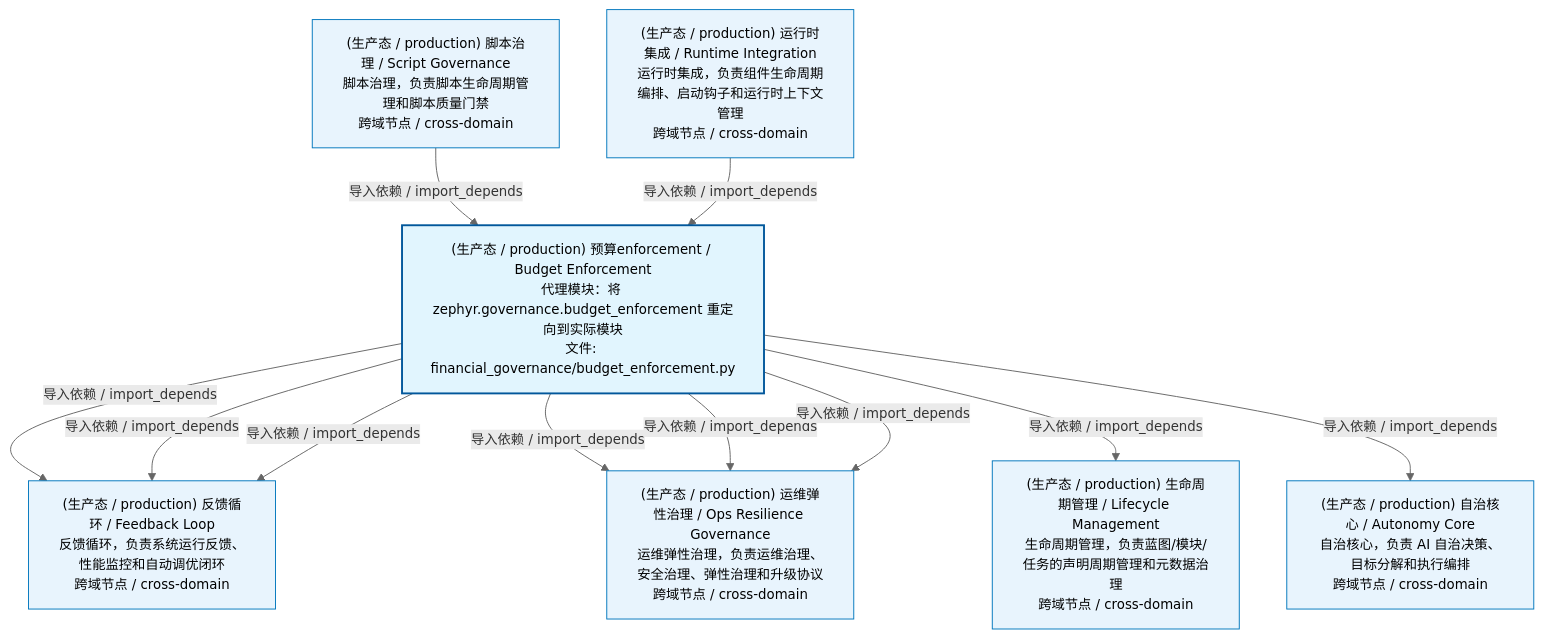
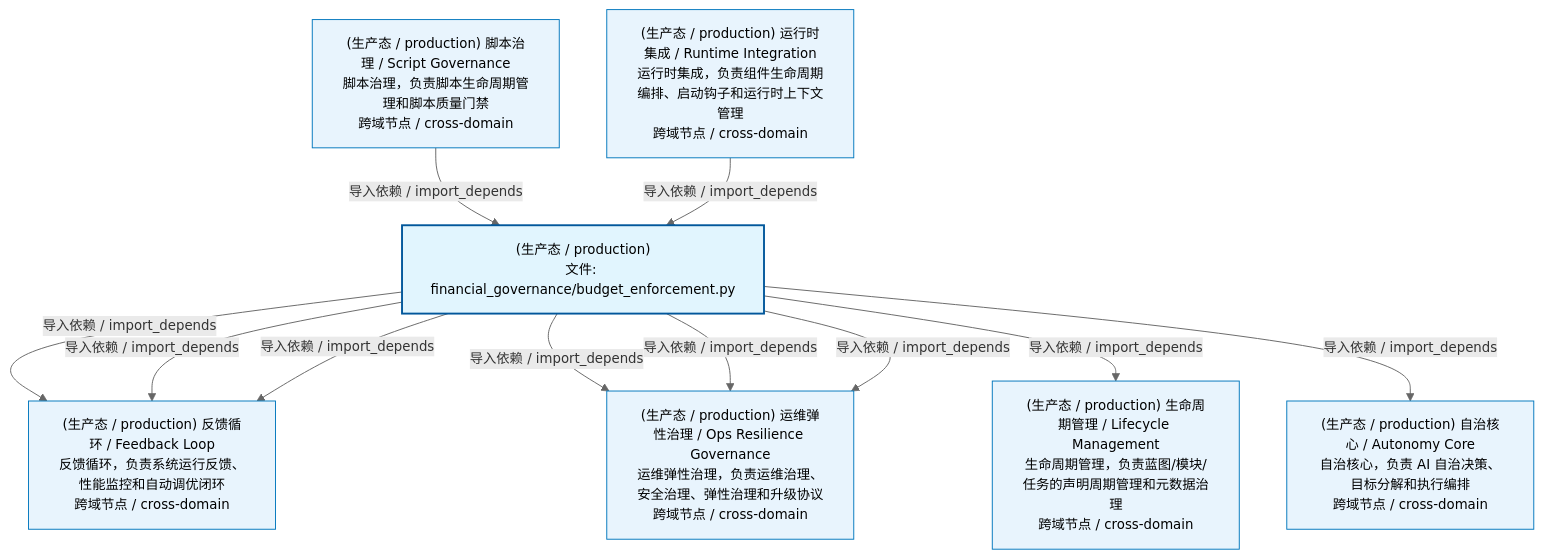
The first of 4 diagrams in docs/02_enterprise_architecture/02_domain_architecture_docs/54_d_gov_repair.md (xuanFelixVan/ZephyrAlpha), drawn with Mermaid before and after one commit. The commit also changed other lines of this file and 75 other files, not shown here.

````diff
--- a/docs/02_enterprise_architecture/02_domain_architecture_docs/54_d_gov_repair.md
+++ b/docs/02_enterprise_architecture/02_domain_architecture_docs/54_d_gov_repair.md
@@ -53,27 +53,27 @@
 ```mermaid
 %%{init: {'theme': 'base', 'themeVariables': {'primaryColor': '#eaeaea', 'primaryTextColor': '#333333', 'primaryBorderColor': '#666666', 'lineColor': '#666666', 'secondaryColor': '#eaeaea', 'tertiaryColor': '#eaeaea', 'fontSize': '14px'}}}%%
 flowchart TD
-    src_zephyr_governance_financial_governance_budget_enforcement_py["(生产态 / production) 预算enforcement / Budget Enforcement<br/>代理模块：将 zephyr.governance.budget_enforcement 重定向到实际模块<br/>文件: financial_governance/budget_enforcement.py"]
+    src_zephyr_governance_financial_governance_budget_enforcement_py["(生产态 / production)<br/>文件: financial_governance/budget_enforcement.py"]
     D_OPS["(生产态 / production) 反馈循环 / Feedback Loop<br/>反馈循环，负责系统运行反馈、性能监控和自动调优闭环<br/>跨域节点 / cross-domain"]
     src_zephyr_governance_financial_governance_budget_enforcement_py -->|导入依赖 / import_depends| D_OPS
     D_GOV_OPS_RESILIENCE["(生产态 / production) 运维弹性治理 / Ops Resilience Governance<br/>运维弹性治理，负责运维治理、安全治理、弹性治理和升级协议<br/>跨域节点 / cross-domain"]
     src_zephyr_governance_financial_governance_budget_enforcement_py -->|导入依赖 / import_depends| D_GOV_OPS_RESILIENCE
     D_GOVERNANCE["(生产态 / production) 生命周期管理 / Lifecycle Management<br/>生命周期管理，负责蓝图/模块/任务的声明周期管理和元数据治理<br/>跨域节点 / cross-domain"]
     src_zephyr_governance_financial_governance_budget_enforcement_py -->|导入依赖 / import_depends| D_GOVERNANCE
     src_zephyr_governance_financial_governance_budget_enforcement_py -->|导入依赖 / import_depends| D_GOV_OPS_RESILIENCE
     src_zephyr_governance_financial_governance_budget_enforcement_py -->|导入依赖 / import_depends| D_OPS
     D_AUTONOMY_CORE["(生产态 / production) 自治核心 / Autonomy Core<br/>自治核心，负责 AI 自治决策、目标分解和执行编排<br/>跨域节点 / cross-domain"]
     src_zephyr_governance_financial_governance_budget_enforcement_py -->|导入依赖 / import_depends| D_AUTONOMY_CORE
     src_zephyr_governance_financial_governance_budget_enforcement_py -->|导入依赖 / import_depends| D_OPS
     src_zephyr_governance_financial_governance_budget_enforcement_py -->|导入依赖 / import_depends| D_GOV_OPS_RESILIENCE
     D_GOV_SCRIPTS["(生产态 / production) 脚本治理 / Script Governance<br/>脚本治理，负责脚本生命周期管理和脚本质量门禁<br/>跨域节点 / cross-domain"]
     D_GOV_SCRIPTS -->|导入依赖 / import_depends| src_zephyr_governance_financial_governance_budget_enforcement_py
     D_INFRA_RUNTIME["(生产态 / production) 运行时集成 / Runtime Integration<br/>运行时集成，负责组件生命周期编排、启动钩子和运行时上下文管理<br/>跨域节点 / cross-domain"]
     D_INFRA_RUNTIME -->|导入依赖 / import_depends| src_zephyr_governance_financial_governance_budget_enforcement_py
     classDef production fill:#e1f5fe,stroke:#01579b,stroke-width:2px,color:#000
     classDef design fill:#fff3e0,stroke:#e65100,stroke-width:2px,color:#000,stroke-dasharray: 5 5
     classDef external_prod fill:#e8f4fd,stroke:#0277bd,stroke-width:1px,color:#000
     classDef external_design fill:#fff8e7,stroke:#ef6c00,stroke-width:1px,color:#000,stroke-dasharray: 5 5
     class src_zephyr_governance_financial_governance_budget_enforcement_py production
     class D_OPS,D_GOV_OPS_RESILIENCE,D_GOVERNANCE,D_AUTONOMY_CORE,D_GOV_SCRIPTS,D_INFRA_RUNTIME external_prod
 ```
````
